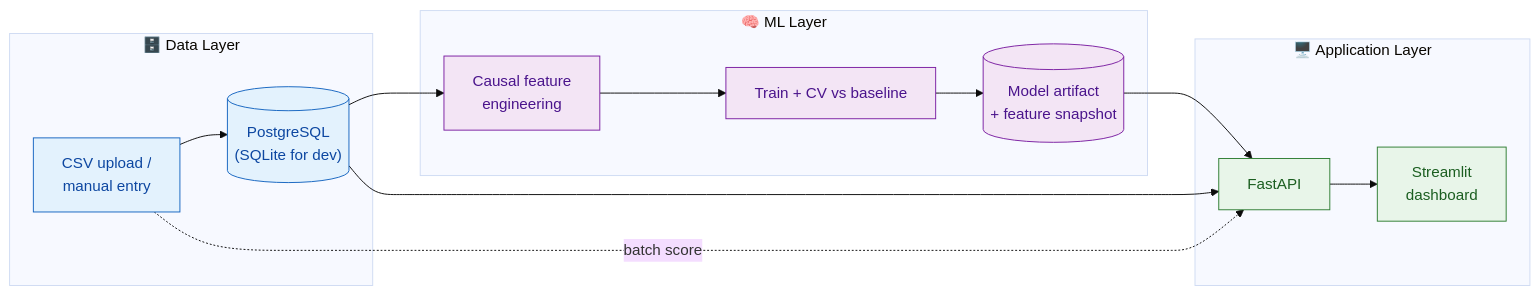
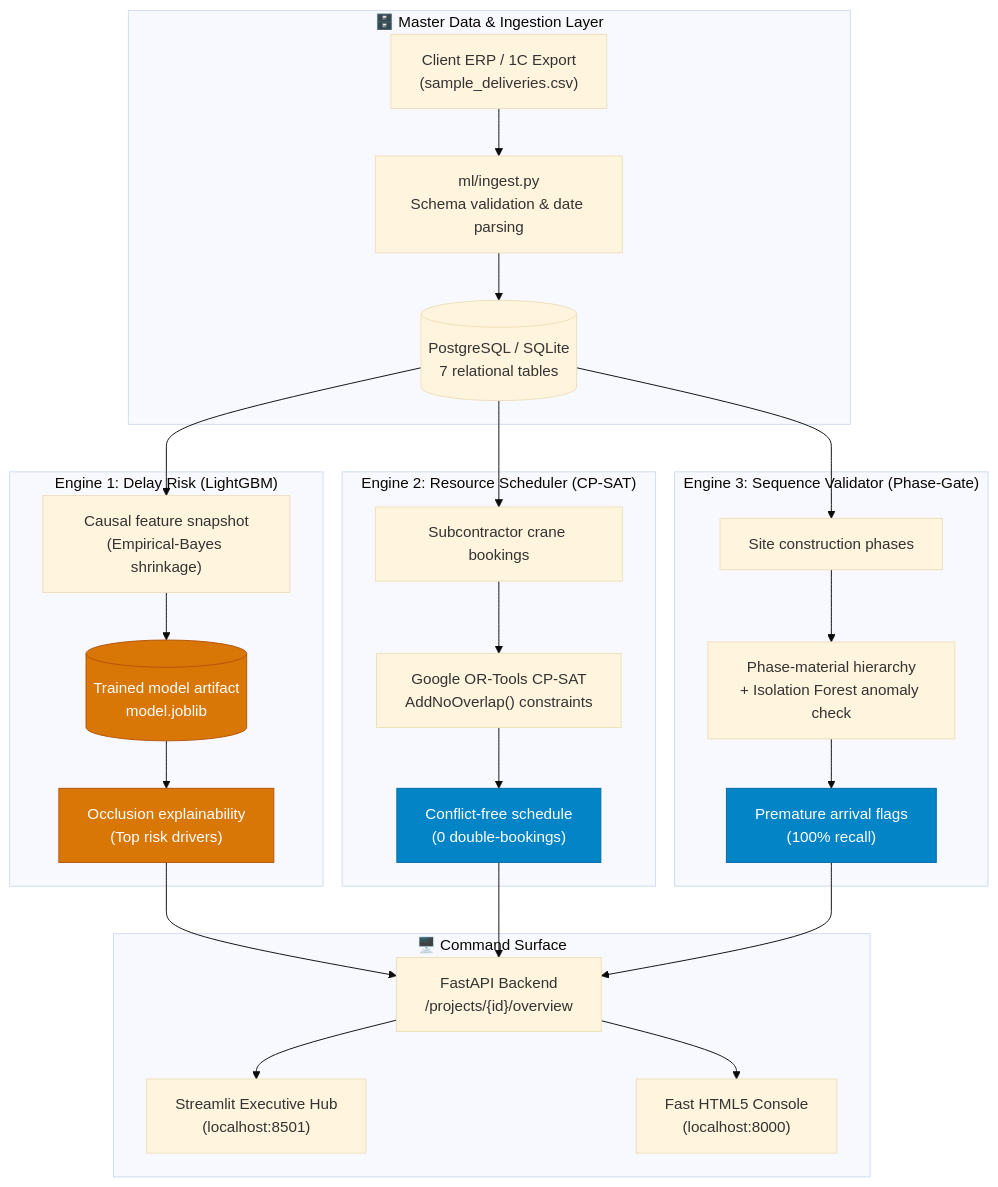
The diagram in README.md (shokkanuly/delivery-delay), drawn with Mermaid (base theme) before and after one commit. The commit also changed other lines of this file and 29 other files, not shown here.

````diff
--- a/README.md
+++ b/README.md
@@ -52,28 +100,43 @@
 ```mermaid
-flowchart LR
-    subgraph DATA["🗄️  Data Layer"]
-        CSV["CSV upload /<br/>manual entry"]
-        DB[("PostgreSQL<br/>(SQLite for dev)")]
-    end
-    subgraph ML["🧠  ML Layer"]
-        FE["Causal feature<br/>engineering"]
-        TRAIN["Train + CV vs baseline"]
-        ART[("Model artifact<br/>+ feature snapshot")]
-    end
-    subgraph APP["🖥️  Application Layer"]
-        API["FastAPI"]
-        DASH["Streamlit<br/>dashboard"]
+flowchart TB
+    subgraph DATA["🗄️ Master Data & Ingestion Layer"]
+        ERP["Client ERP / 1C Export<br/>(sample_deliveries.csv)"]
+        INGEST["ml/ingest.py<br/>Schema validation & date parsing"]
+        DB[("PostgreSQL / SQLite<br/>7 relational tables")]
+        ERP --> INGEST --> DB
     end
 
-    CSV --> DB
-    DB --> FE --> TRAIN --> ART
-    ART --> API
-    DB --> API
-    API --> DASH
-    CSV -. "batch score" .-> API
+    subgraph E1["Engine 1: Delay Risk (LightGBM)"]
+        FEAT["Causal feature snapshot<br/>(Empirical-Bayes shrinkage)"]
+        MOD[("Trained model artifact<br/>model.joblib")]
+        OCCL["Occlusion explainability<br/>(Top risk drivers)"]
+        DB --> FEAT --> MOD --> OCCL
+    end
 
-    classDef d fill:#e3f2fd,stroke:#1565c0,color:#0d47a1;
-    classDef m fill:#f3e5f5,stroke:#7b1fa2,color:#4a148c;
-    classDef a fill:#e8f5e9,stroke:#2e7d32,color:#1b5e20;
-    class CSV,DB d; class FE,TRAIN,ART m; class API,DASH a;
+    subgraph E2["Engine 2: Resource Scheduler (CP-SAT)"]
+        SLOTS["Subcontractor crane bookings"]
+        SOLV["Google OR-Tools CP-SAT<br/>AddNoOverlap() constraints"]
+        RES["Conflict-free schedule<br/>(0 double-bookings)"]
+        DB --> SLOTS --> SOLV --> RES
+    end
+
+    subgraph E3["Engine 3: Sequence Validator (Phase-Gate)"]
+        PHASE["Site construction phases"]
+        RULES["Phase-material hierarchy<br/>+ Isolation Forest anomaly check"]
+        GATE["Premature arrival flags<br/>(100% recall)"]
+        DB --> PHASE --> RULES --> GATE
+    end
+
+    subgraph UI["🖥️ Command Surface"]
+        API["FastAPI Backend<br/>/projects/{id}/overview"]
+        ST["Streamlit Executive Hub<br/>(localhost:8501)"]
+        HTML["Fast HTML5 Console<br/>(localhost:8000)"]
+        OCCL & RES & GATE --> API
+        API --> ST & HTML
+    end
+
+    classDef g fill:#0284C7,stroke:#0369A1,color:#FFFFFF;
+    classDef e fill:#D97706,stroke:#B45309,color:#FFFFFF;
+    class RES,GATE g;
+    class OCCL,MOD e;
 ```
````
